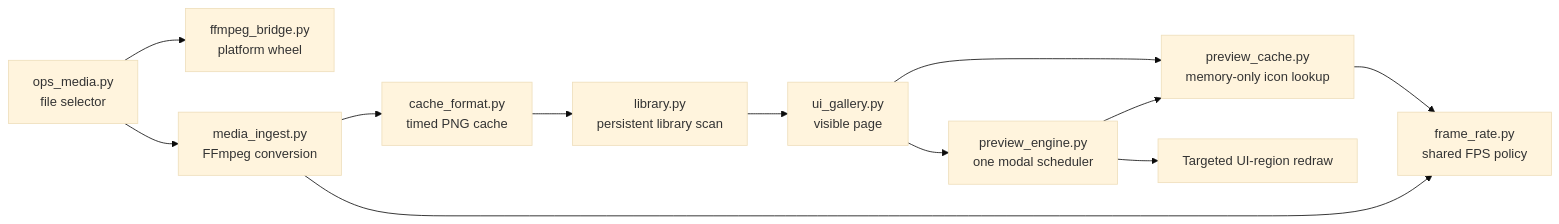
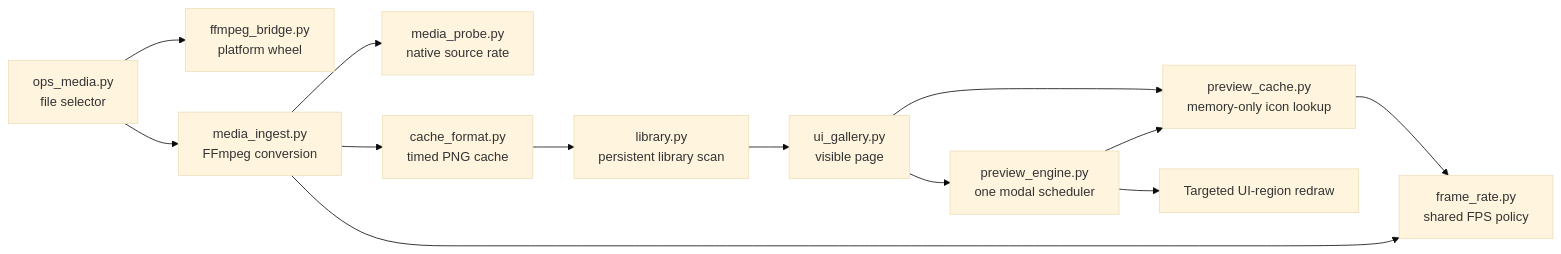
Before and after one commit to tdw46/blender-animated-ui: the diagram in README.md, drawn with Mermaid (base theme). The commit also changed other lines of this file and 17 other files, not shown here.

Commit message:
Respect native media rates up to 60 FPS

````diff
--- a/README.md
+++ b/README.md
@@ -108,15 +113,16 @@
 ```mermaid
 flowchart LR
     UI["ui_gallery.py<br/>visible page"] --> PC["preview_cache.py<br/>memory-only icon lookup"]
     UI --> PE["preview_engine.py<br/>one modal scheduler"]
     PE --> PC
     PE --> R["Targeted UI-region redraw"]
     PC --> FPS["frame_rate.py<br/>shared FPS policy"]
 
     OP["ops_media.py<br/>file selector"] --> FB["ffmpeg_bridge.py<br/>platform wheel"]
     OP --> MI["media_ingest.py<br/>FFmpeg conversion"]
+    MI --> MP["media_probe.py<br/>native source rate"]
     MI --> FPS
     MI --> CF["cache_format.py<br/>timed PNG cache"]
     CF --> LIB["library.py<br/>persistent library scan"]
     LIB --> UI
 ```
````
